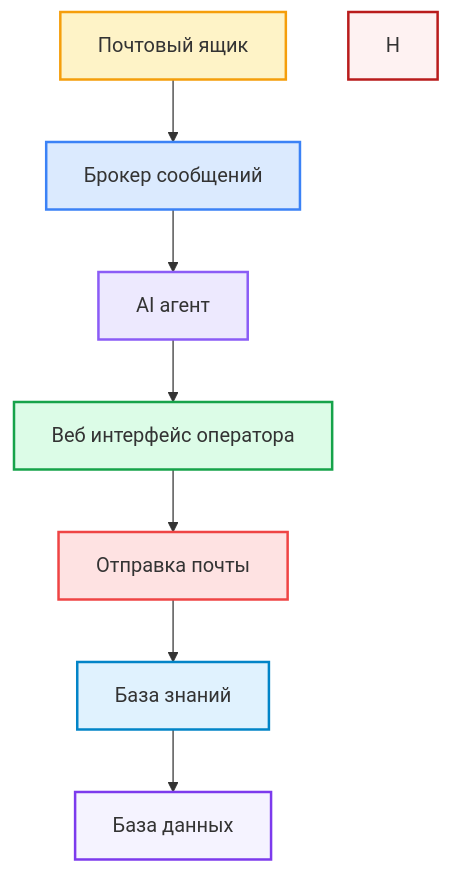
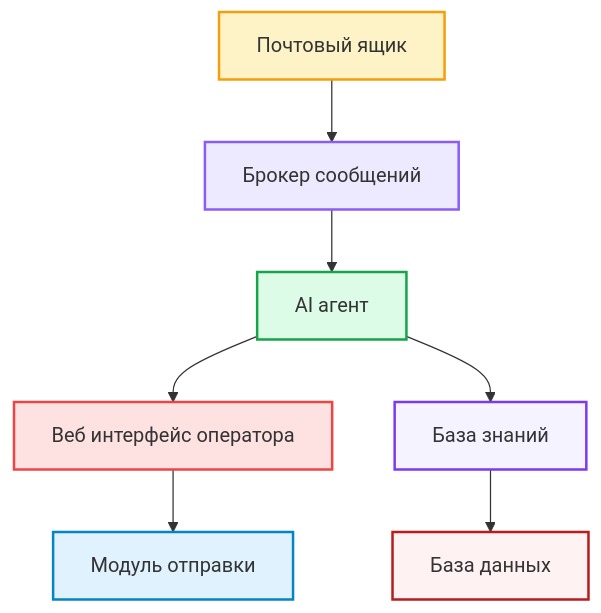
Before and after one commit to maksosTeam/enigma_hack_2026: the diagram in README.md, drawn with Mermaid.

````diff
--- a/README.md
+++ b/README.md
@@ -69,19 +69,18 @@
 ```mermaid
 flowchart TD
-    A[Почтовый ящик] --> B[Брокер сообщений]
-    B --> C[AI агент]
-    C --> D[Веб интерфейс оператора]
-    D --> E[Отправка почты]
+    A[Почтовый ящик] --> C[Брокер сообщений]
+    C --> D[AI агент]
+    D --> E[Веб интерфейс оператора]
+    E --> F[Модуль отправки]
 
-    E --> F[База знаний]
-    F --> G[База данных]
+    D --> G[База знаний]
+    G --> H[База данных]
 
     style A fill:#fef3c7,stroke:#f59e0b,stroke-width:2px
-    style B fill:#dbeafe,stroke:#3b82f6,stroke-width:2px
     style C fill:#ede9fe,stroke:#8b5cf6,stroke-width:2px
     style D fill:#dcfce7,stroke:#16a34a,stroke-width:2px
     style E fill:#fee2e2,stroke:#ef4444,stroke-width:2px
     style F fill:#e0f2fe,stroke:#0284c7,stroke-width:2px
     style G fill:#f5f3ff,stroke:#7c3aed,stroke-width:2px
     style H fill:#fef2f2,stroke:#b91c1c,stroke-width:2px
 ```
````
